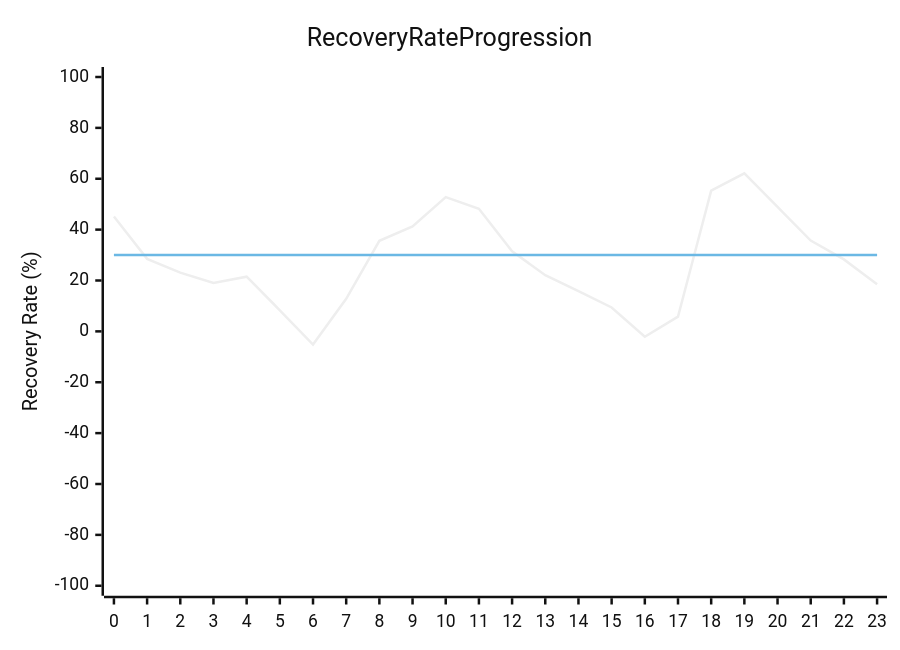
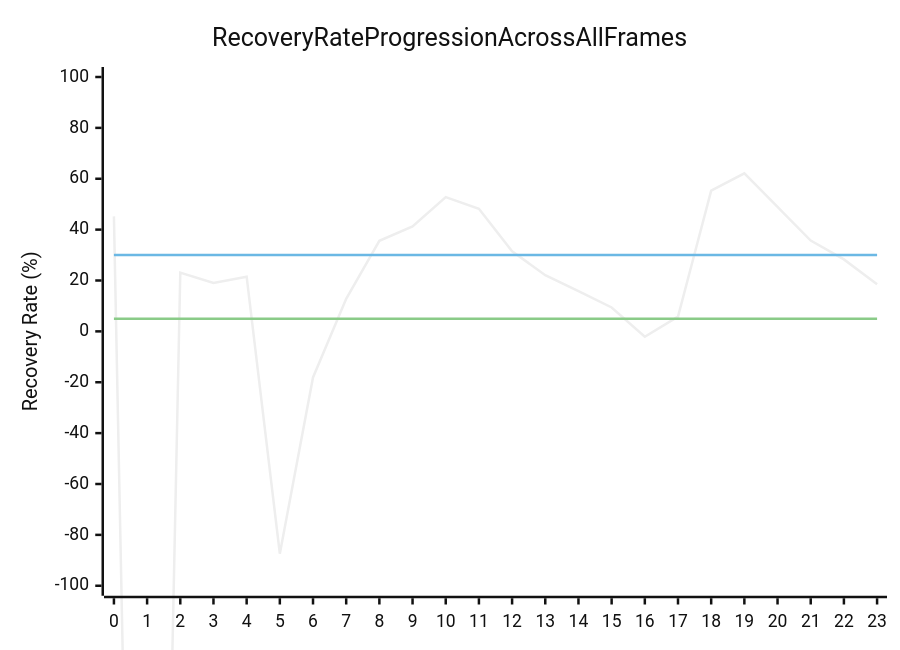
The third of 7 diagrams in README.md (yunjinyong730/Camera_LiDAR_Sensor_Calibration_Aware_Failure_Monitoring), drawn with Mermaid (neutral theme) before and after one commit. The commit also changed other lines of this file, not shown here.

````diff
--- a/README.md
+++ b/README.md
@@ -305,8 +320,9 @@
 ```mermaid
 xychart-beta
-    title Recovery Rate Progression
+    title Recovery Rate Progression Across All Frames
     x-axis [0, 1, 2, 3, 4, 5, 6, 7, 8, 9, 10, 11, 12, 13, 14, 15, 16, 17, 18, 19, 20, 21, 22, 23]
     y-axis "Recovery Rate (%)" -100 --> 100
-    line [45.2, 28.5, 23.1, 19.0, 21.5, 8.3, -5.2, 12.8, 35.6, 41.3, 52.8, 48.2, 31.5, 22.1, 15.8, 9.4, -2.1, 5.8, 55.3, 62.1, 48.9, 35.7, 28.3, 18.5]
+    line [45.2, -603.4, 23.1, 19.0, 21.5, -87.4, -18.1, 12.8, 35.6, 41.3, 52.8, 48.2, 31.5, 22.1, 15.8, 9.4, -2.1, 5.8, 55.3, 62.1, 48.9, 35.7, 28.3, 18.5]
     line [30, 30, 30, 30, 30, 30, 30, 30, 30, 30, 30, 30, 30, 30, 30, 30, 30, 30, 30, 30, 30, 30, 30, 30]
+    line [5, 5, 5, 5, 5, 5, 5, 5, 5, 5, 5, 5, 5, 5, 5, 5, 5, 5, 5, 5, 5, 5, 5, 5]
 ```
````
